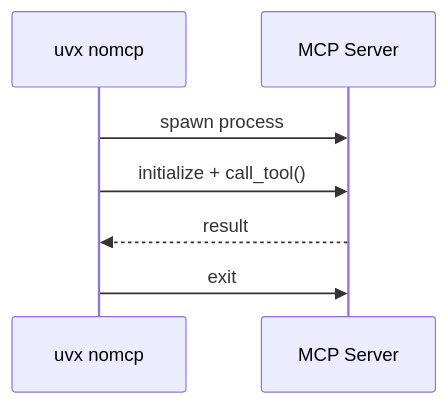
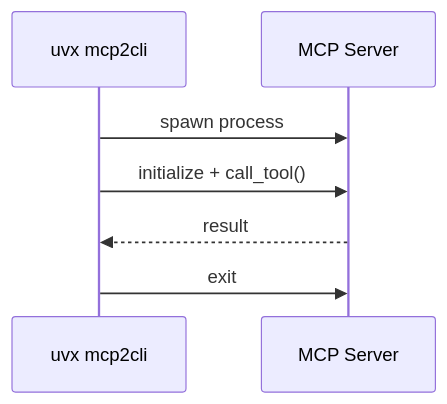
The first of 2 diagrams in README.md (Am1n3e/unmcp), drawn with Mermaid before and after one commit. The commit also changed other lines of this file and 21 other files, not shown here.

First line of the commit message:
Rename package from nomcp to mcp2cli

````diff
--- a/README.md
+++ b/README.md
@@ -73,10 +73,10 @@
 ```mermaid
 sequenceDiagram
-    participant CLI as uvx nomcp
+    participant CLI as uvx mcp2cli
     participant MCP as MCP Server
 
     CLI->>MCP: spawn process
     CLI->>MCP: initialize + call_tool()
     MCP-->>CLI: result
     CLI->>MCP: exit
 ```
````
